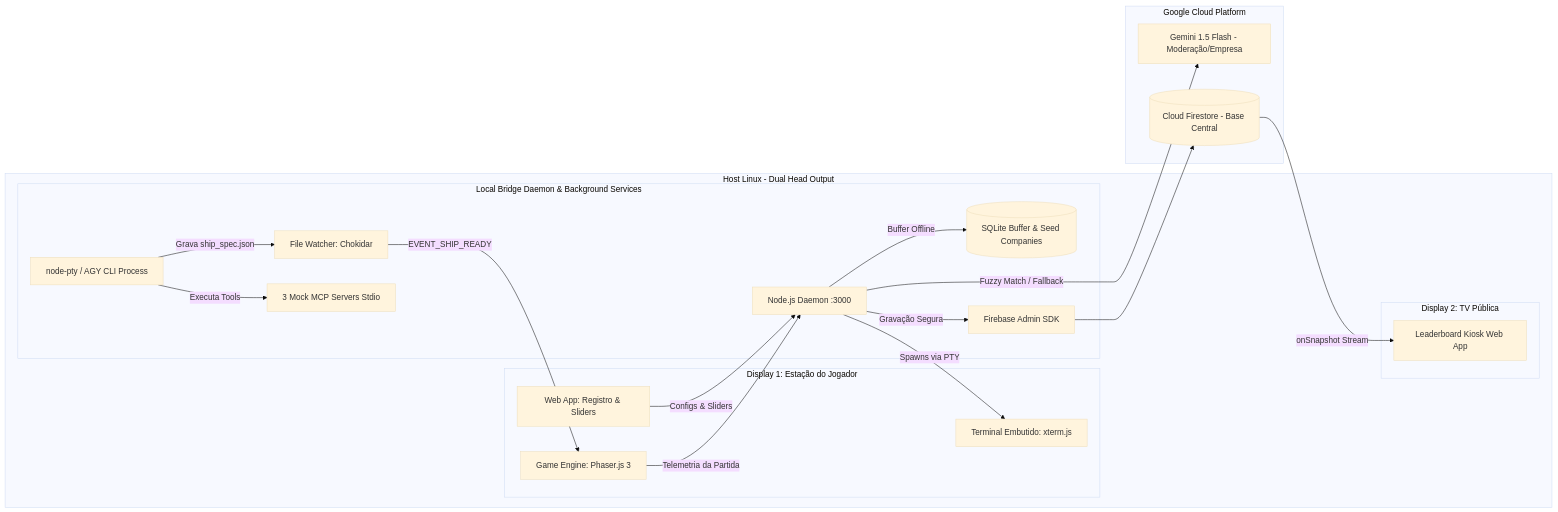
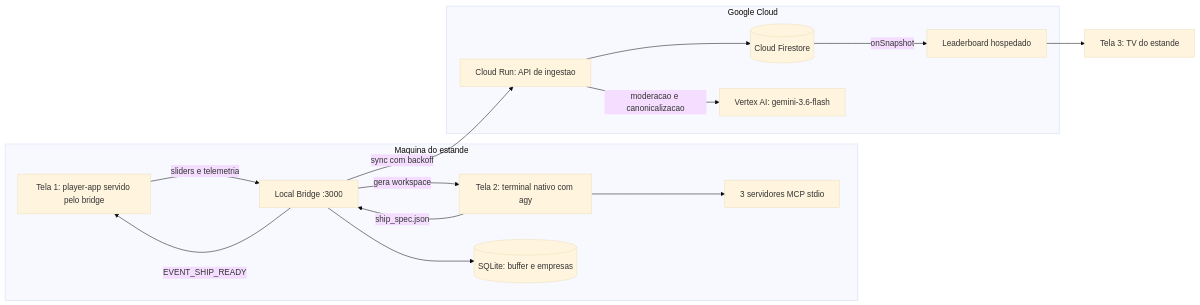
One commit to carlosmscabral/jogo-de-navinha-agy-summit-26 changed the second of 2 diagrams in specs/README.md. Above: the diagram before and after it, drawn with Mermaid (base theme). The commit also changed other lines of this file and 10 other files, not shown here.

````diff
--- a/specs/README.md
+++ b/specs/README.md
@@ -42,38 +67,31 @@
 ```mermaid
 graph LR
-    subgraph Host_Machine [Host Linux - Dual Head Output]
-        subgraph Player_Station [Display 1: Estação do Jogador]
-            SPA[Web App: Registro & Sliders]
-            XTERM[Terminal Embutido: xterm.js]
-            PHASER[Game Engine: Phaser.js 3]
-        end
-        subgraph Local_Daemon [Local Bridge Daemon & Background Services]
-            DAEMON[Node.js Daemon :3000]
-            PTY[node-pty / AGY CLI Process]
-            WATCHER[File Watcher: Chokidar]
-            SQLITE[(SQLite Buffer & Seed Companies)]
-            MCPS[3 Mock MCP Servers Stdio]
-            ADMIN_SDK[Firebase Admin SDK]
-        end
-        subgraph TV_Display [Display 2: TV Pública]
-            LEAD_TV[Leaderboard Kiosk Web App]
-        end
+    subgraph Booth [Maquina do estande]
+        SPA[Tela 1: player-app servido pelo bridge]
+        TERM[Tela 2: terminal nativo com agy]
+        DAEMON[Local Bridge :3000]
+        MCPS[3 servidores MCP stdio]
+        SQLITE[(SQLite: buffer e empresas)]
     end
 
-    subgraph GCP_Cloud [Google Cloud Platform]
-        GEMINI_API[Gemini 1.5 Flash - Moderação/Empresa]
-        FS[(Cloud Firestore - Base Central)]
+    subgraph Cloud [Google Cloud]
+        RUN[Cloud Run: API de ingestao]
+        FS[(Cloud Firestore)]
+        VERTEX[Vertex AI: gemini-3.6-flash]
+        TVAPP[Leaderboard hospedado]
     end
 
-    SPA -->|Configs & Sliders| DAEMON
-    DAEMON -->|Spawns via PTY| XTERM
-    PTY -->|Executa Tools| MCPS
-    PTY -->|Grava ship_spec.json| WATCHER
-    WATCHER -->|EVENT_SHIP_READY| PHASER
-    PHASER -->|Telemetria da Partida| DAEMON
-    DAEMON -->|Gravação Segura| ADMIN_SDK
-    ADMIN_SDK --> FS
-    DAEMON -->|Fuzzy Match / Fallback| GEMINI_API
-    DAEMON -->|Buffer Offline| SQLITE
-    FS -->|onSnapshot Stream| LEAD_TV
+    TV[Tela 3: TV do estande]
+
+    SPA -->|sliders e telemetria| DAEMON
+    DAEMON -->|gera workspace| TERM
+    TERM --> MCPS
+    TERM -->|ship_spec.json| DAEMON
+    DAEMON -->|EVENT_SHIP_READY| SPA
+    DAEMON --> SQLITE
+    DAEMON -->|sync com backoff| RUN
+    RUN --> FS
+    RUN -->|moderacao e canonicalizacao| VERTEX
+    FS -->|onSnapshot| TVAPP
+    TVAPP --> TV
 ```
````
